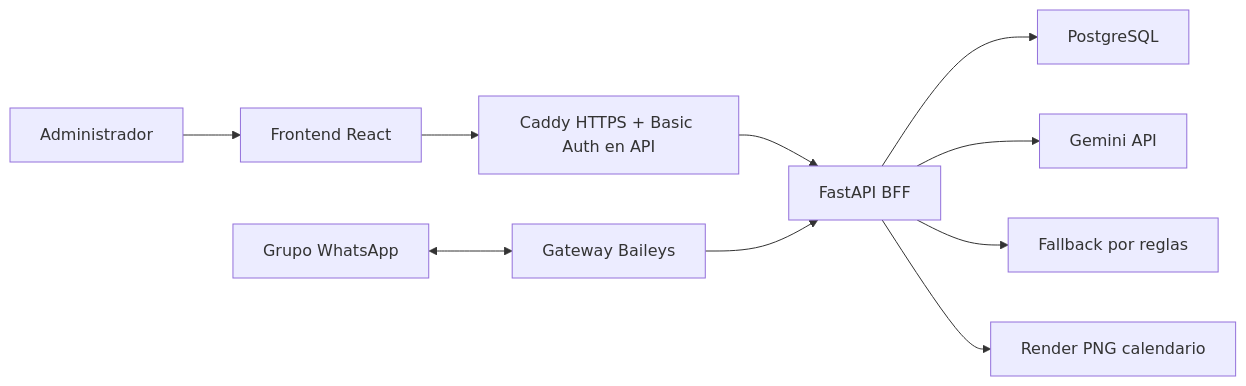
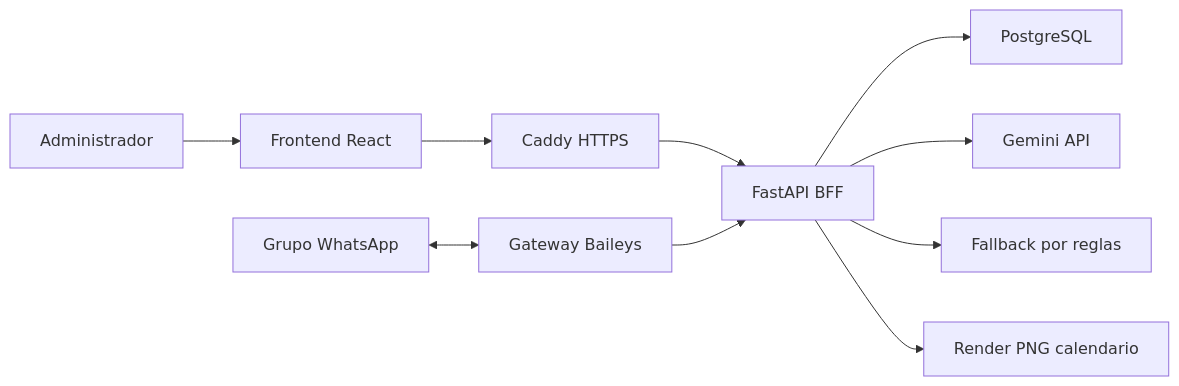
Before and after one commit to MatiasHernandezC/CoordAgent: the diagram in coordinador-simple-mvp/README.md, drawn with Mermaid. The commit also changed other lines of this file and 33 other files, not shown here.

````diff
--- a/coordinador-simple-mvp/README.md
+++ b/coordinador-simple-mvp/README.md
@@ -65,13 +72,13 @@
 ```mermaid
 flowchart LR
   Admin["Administrador"] --> UI["Frontend React"]
-  UI --> Edge["Caddy HTTPS + Basic Auth en API"]
+  UI --> Edge["Caddy HTTPS"]
   Edge --> API["FastAPI BFF"]
   API --> DB["PostgreSQL"]
   API --> Gemini["Gemini API"]
   API --> Rules["Fallback por reglas"]
   API --> Img["Render PNG calendario"]
 
   Group["Grupo WhatsApp"] <--> Gateway["Gateway Baileys"]
   Gateway --> API
 ```
````
